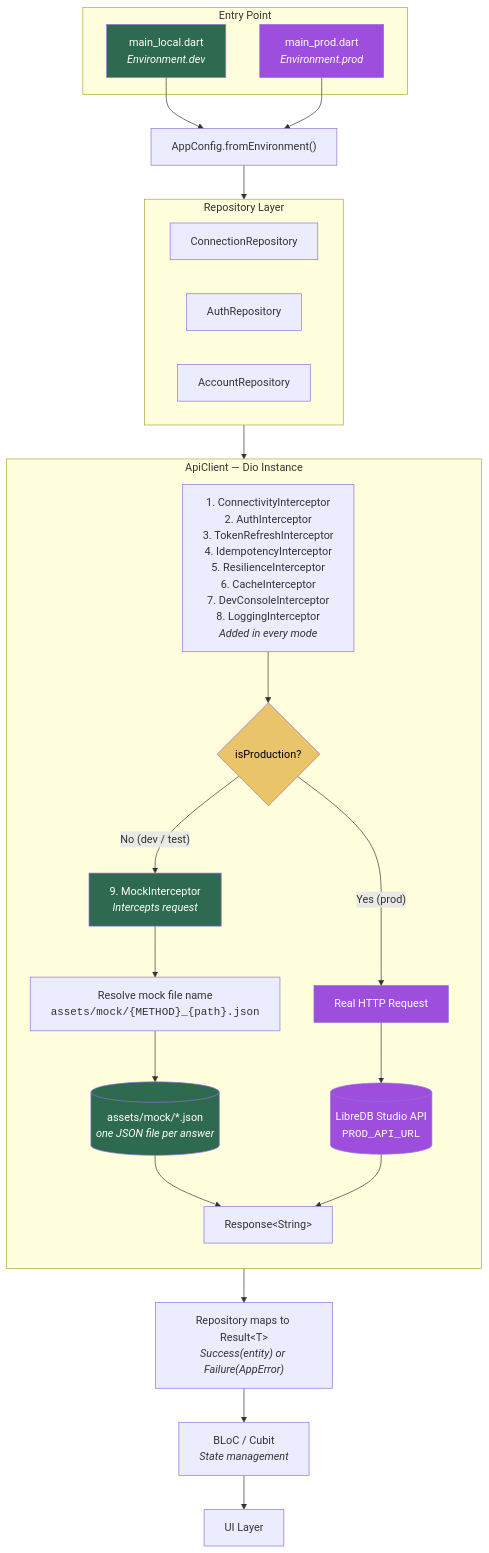
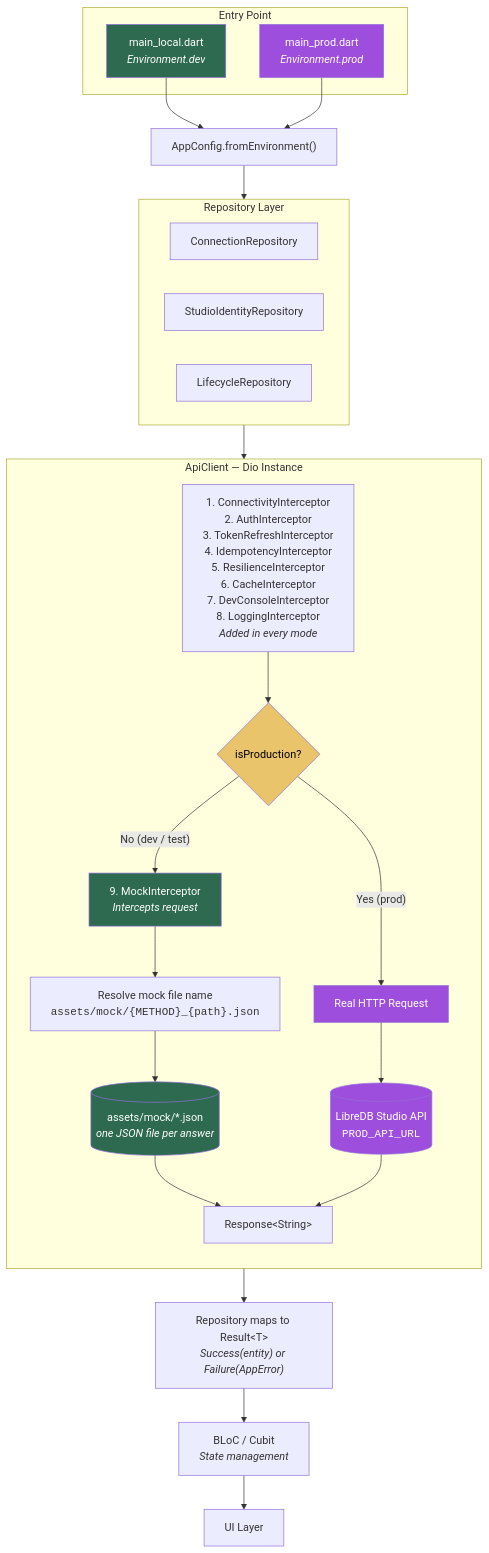
One commit to libredb/libredb-mobile changed the first of 2 diagrams in docs/mock-architecture.md. Above: the diagram before and after it, drawn with Mermaid. The commit also changed other lines of this file and 186 other files, not shown here.

````diff
--- a/docs/mock-architecture.md
+++ b/docs/mock-architecture.md
@@ -19,65 +19,65 @@
 ```mermaid
 flowchart TB
     subgraph Entry["Entry Point"]
         LOCAL["main_local.dart<br/><i>Environment.dev</i>"]
         PROD["main_prod.dart<br/><i>Environment.prod</i>"]
     end
 
     LOCAL --> ENV
     PROD --> ENV
 
     ENV["AppConfig.fromEnvironment()"]
     ENV --> REPO
 
     subgraph REPO["Repository Layer"]
         direction LR
         CR["ConnectionRepository"]
-        AR["AuthRepository"]
-        ACR["AccountRepository"]
+        SIR["StudioIdentityRepository"]
+        LR["LifecycleRepository"]
     end
 
     REPO --> API
 
     subgraph API["ApiClient — Dio Instance"]
         direction TB
         CHAIN["1. ConnectivityInterceptor<br/>2. AuthInterceptor<br/>3. TokenRefreshInterceptor<br/>4. IdempotencyInterceptor<br/>5. ResilienceInterceptor<br/>6. CacheInterceptor<br/>7. DevConsoleInterceptor<br/>8. LoggingInterceptor<br/><i>Added in every mode</i>"]
         CHAIN --> DECISION
 
         DECISION{isProduction?}
 
         DECISION -- "No (dev / test)" --> MOCK_INT
         DECISION -- "Yes (prod)" --> NETWORK
 
         MOCK_INT["9. MockInterceptor<br/><i>Intercepts request</i>"]
         MOCK_INT --> RESOLVE
 
         RESOLVE["Resolve mock file name<br/><code>assets/mock/{METHOD}_{path}.json</code>"]
         RESOLVE --> ASSET
 
         ASSET[("assets/mock/*.json<br/><i>one JSON file per answer</i>")]
         ASSET --> RESPONSE
 
         NETWORK["Real HTTP Request"]
         NETWORK --> REAL_API
 
         REAL_API[("LibreDB Studio API<br/><code>PROD_API_URL</code>")]
         REAL_API --> RESPONSE
     end
 
     RESPONSE["Response&lt;String&gt;"]
     RESPONSE --> RESULT
 
     RESULT["Repository maps to Result&lt;T&gt;<br/><i>Success(entity) or Failure(AppError)</i>"]
     RESULT --> BLOC
 
     BLOC["BLoC / Cubit<br/><i>State management</i>"]
     BLOC --> UI["UI Layer"]
 
     style LOCAL fill:#2d6a4f,color:#fff
     style PROD fill:#9d4edd,color:#fff
     style MOCK_INT fill:#2d6a4f,color:#fff
     style ASSET fill:#2d6a4f,color:#fff
     style NETWORK fill:#9d4edd,color:#fff
     style REAL_API fill:#9d4edd,color:#fff
     style DECISION fill:#e9c46a,color:#000
 ```
````
